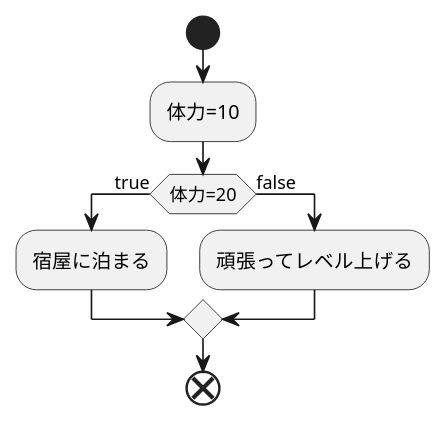
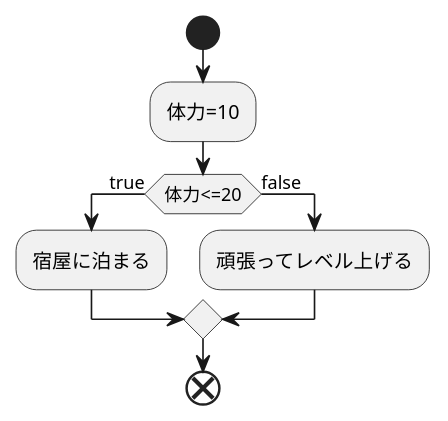
Before and after one commit to Aso2001387/2021sys-desing: the diagram in kadai.md, drawn with PlantUML.

````diff
--- a/kadai.md
+++ b/kadai.md
@@ -1,12 +1,12 @@
 ```uml
 @startuml
 start
 :体力=10;
-if(体力=20)then(true)
+if(体力<=20)then(true)
 :宿屋に泊まる;
 else(false)
 :頑張ってレベル上げる;
 endif
 end
 @enduml
 ```
````
